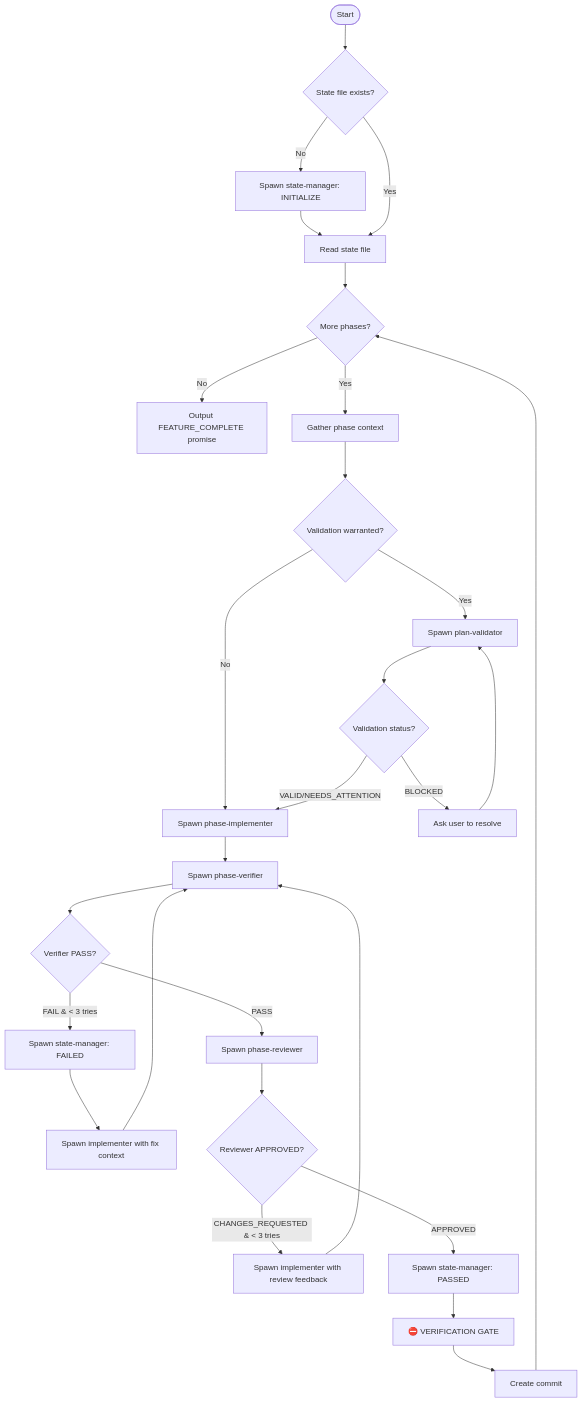
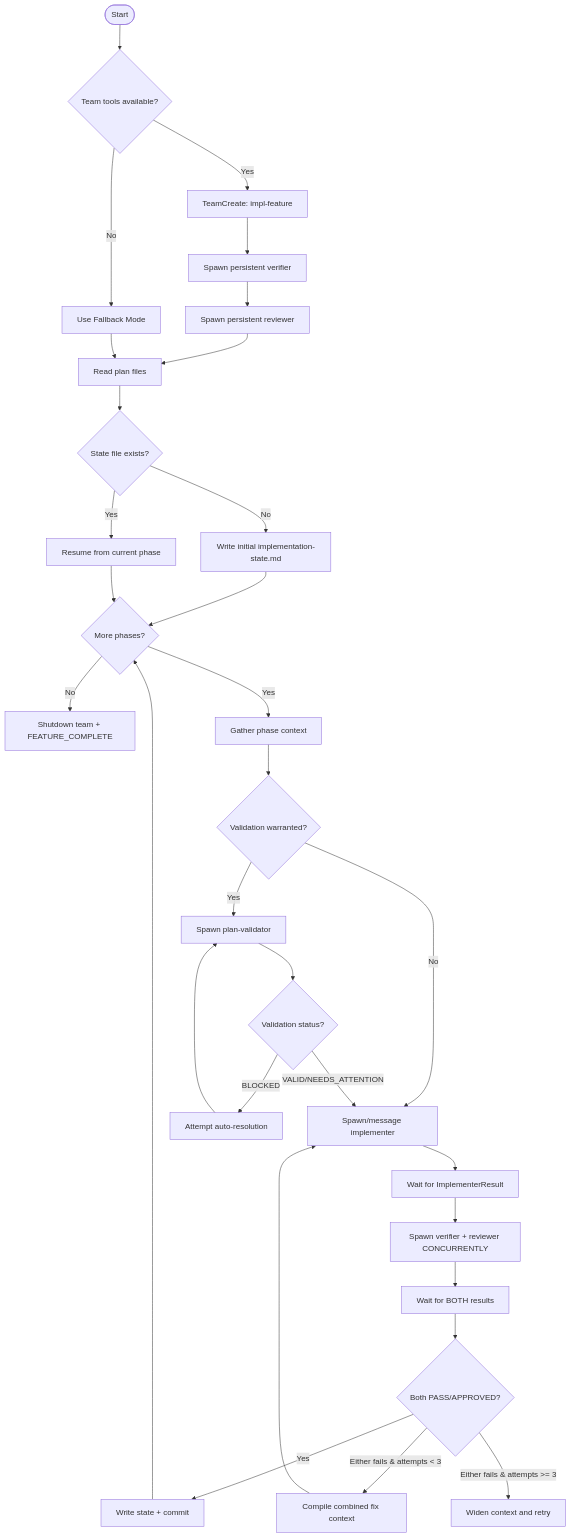
Before and after one commit to ctdio/dotfiles: the diagram in agents/skills/ctdio-feature-implementation/SKILL.md, drawn with Mermaid. The commit also changed other lines of this file and 10 other files, not shown here.

First line of the commit message:
refactor: simplify feature implementation skill suite

````diff
--- a/agents/skills/ctdio-feature-implementation/SKILL.md
+++ b/agents/skills/ctdio-feature-implementation/SKILL.md
@@ -265,37 +150,43 @@
 ```mermaid
 flowchart TD
-    START([Start]) --> INIT{State file exists?}
-    INIT -->|No| SPAWN_STATE_INIT[Spawn state-manager: INITIALIZE]
-    SPAWN_STATE_INIT --> READ_STATE
-    INIT -->|Yes| READ_STATE[Read state file]
+    START([Start]) --> DETECT{Team tools available?}
+    DETECT -->|Yes| TEAM_CREATE[TeamCreate: impl-feature]
+    DETECT -->|No| FALLBACK_INIT[Use Fallback Mode]
 
-    READ_STATE --> PHASE_LOOP{More phases?}
-    PHASE_LOOP -->|No| FINAL[Output FEATURE_COMPLETE promise]
+    TEAM_CREATE --> SPAWN_V[Spawn persistent verifier]
+    SPAWN_V --> SPAWN_R[Spawn persistent reviewer]
+    SPAWN_R --> READ_PLAN[Read plan files]
+
+    FALLBACK_INIT --> READ_PLAN
+
+    READ_PLAN --> INIT{State file exists?}
+    INIT -->|No| WRITE_STATE[Write initial implementation-state.md]
+    WRITE_STATE --> PHASE_LOOP
+    INIT -->|Yes| RESUME[Resume from current phase]
+    RESUME --> PHASE_LOOP
+
+    PHASE_LOOP{More phases?} -->|No| SHUTDOWN[Shutdown team + FEATURE_COMPLETE]
     PHASE_LOOP -->|Yes| GATHER[Gather phase context]
 
     GATHER --> VALIDATE_CHECK{Validation warranted?}
-    VALIDATE_CHECK -->|No| IMPL[Spawn phase-implementer]
+    VALIDATE_CHECK -->|No| IMPL[Spawn/message implementer]
     VALIDATE_CHECK -->|Yes| VALIDATE[Spawn plan-validator]
     VALIDATE --> VALIDATE_RESULT{Validation status?}
-    VALIDATE_RESULT -->|BLOCKED| USER_HELP[Ask user to resolve]
-    USER_HELP --> VALIDATE
+    VALIDATE_RESULT -->|BLOCKED| AUTO_FIX[Attempt auto-resolution]
+    AUTO_FIX --> VALIDATE
     VALIDATE_RESULT -->|VALID/NEEDS_ATTENTION| IMPL
 
-    IMPL --> VERIFY[Spawn phase-verifier]
-    VERIFY --> VERIFY_CHECK{Verifier PASS?}
+    IMPL --> WAIT_IMPL[Wait for ImplementerResult]
+    WAIT_IMPL --> CONCURRENT[Spawn verifier + reviewer CONCURRENTLY]
 
-    VERIFY_CHECK -->|FAIL & < 3 tries| UPDATE_FAIL[Spawn state-manager: FAILED]
-    UPDATE_FAIL --> IMPL_FIX[Spawn implementer with fix context]
-    IMPL_FIX --> VERIFY
+    CONCURRENT --> WAIT_BOTH[Wait for BOTH results]
+    WAIT_BOTH --> CHECK{Both PASS/APPROVED?}
 
-    VERIFY_CHECK -->|PASS| REVIEW[Spawn phase-reviewer]
-    REVIEW --> REVIEW_CHECK{Reviewer APPROVED?}
+    CHECK -->|Yes| STATE[Write state + commit]
+    STATE --> PHASE_LOOP
 
-    REVIEW_CHECK -->|CHANGES_REQUESTED & < 3 tries| IMPL_REVIEW[Spawn implementer with review feedback]
-    IMPL_REVIEW --> VERIFY
+    CHECK -->|Either fails & attempts < 3| FIX[Compile combined fix context]
+    FIX --> IMPL
 
-    REVIEW_CHECK -->|APPROVED| UPDATE_PASS[Spawn state-manager: PASSED]
-    UPDATE_PASS --> GATE[⛔ VERIFICATION GATE]
-    GATE --> COMMIT[Create commit]
-    COMMIT --> PHASE_LOOP
+    CHECK -->|Either fails & attempts >= 3| ESCALATE[Widen context and retry]
 ```
````
